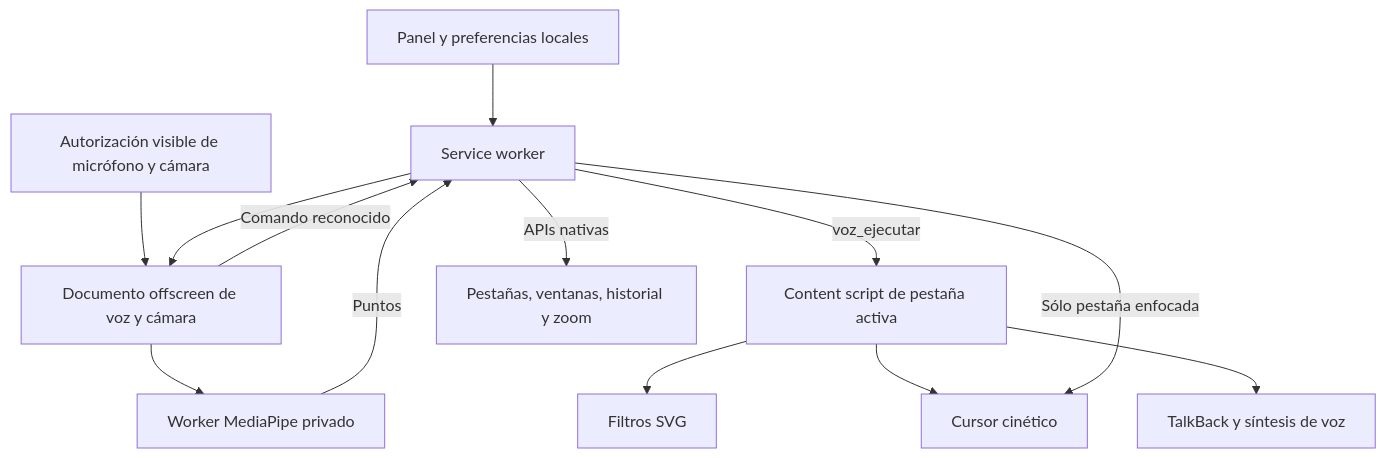
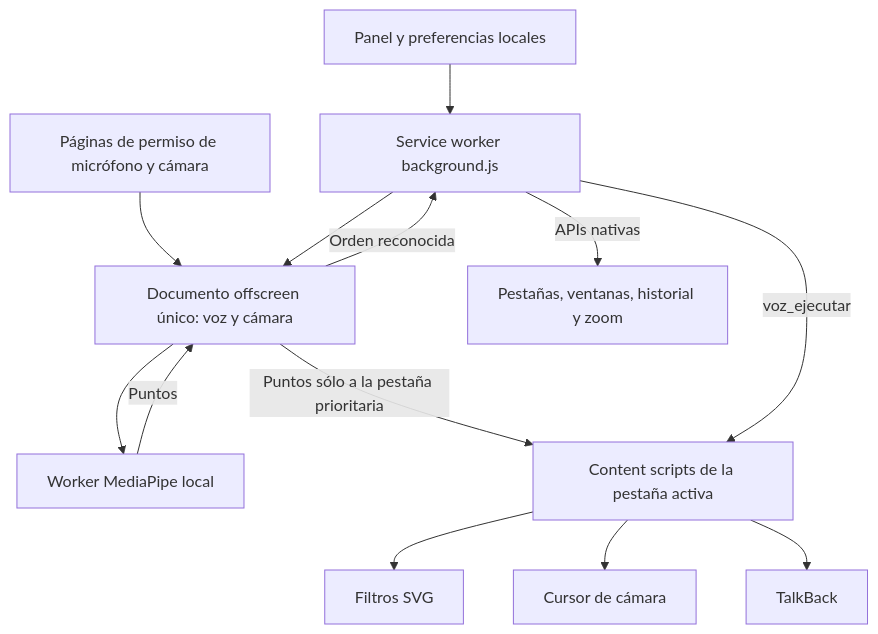
Before and after one commit to TheAlejo160/Adapta-PE: the diagram in README.md, drawn with Mermaid. The commit also changed other lines of this file, not shown here.

````diff
--- a/README.md
+++ b/README.md
@@ -417,15 +367,15 @@
 ```mermaid
 flowchart TD
-    Panel[Panel y preferencias locales] --> Worker[Service worker]
-    Permiso[Autorización visible de micrófono y cámara] --> Voz[Documento offscreen de voz y cámara]
-    Worker --> Voz
-    Voz -->|Comando reconocido| Worker
-    Worker -->|voz_ejecutar| Pagina[Content script de pestaña activa]
+    Panel[Panel y preferencias locales] --> Worker[Service worker background.js]
+    Permiso[Páginas de permiso de micrófono y cámara] --> Offscreen[Documento offscreen único: voz y cámara]
+    Worker --> Offscreen
+    Offscreen -->|Orden reconocida| Worker
+    Offscreen --> Vision[Worker MediaPipe local]
+    Vision -->|Puntos| Offscreen
+    Offscreen -->|Puntos sólo a la pestaña prioritaria| Pagina
+    Worker -->|voz_ejecutar| Pagina[Content scripts de la pestaña activa]
     Worker -->|APIs nativas| Navegador[Pestañas, ventanas, historial y zoom]
     Pagina --> Filtros[Filtros SVG]
-    Pagina --> Cinetico[Cursor cinético]
-    Voz --> Vision[Worker MediaPipe privado]
-    Vision -->|Puntos| Worker
-    Worker -->|Sólo pestaña enfocada| Cinetico
-    Pagina --> Lectura[TalkBack y síntesis de voz]
+    Pagina --> Cinetico[Cursor de cámara]
+    Pagina --> Lectura[TalkBack]
 ```
````
